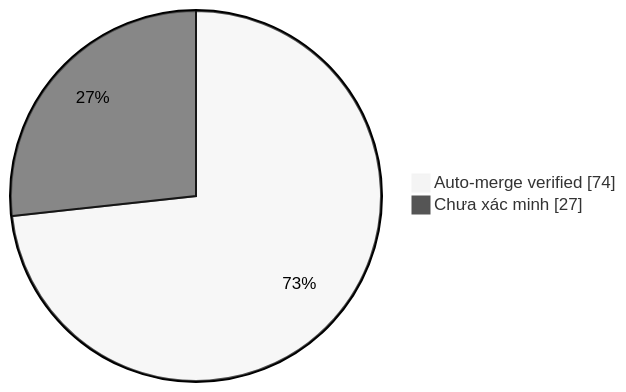
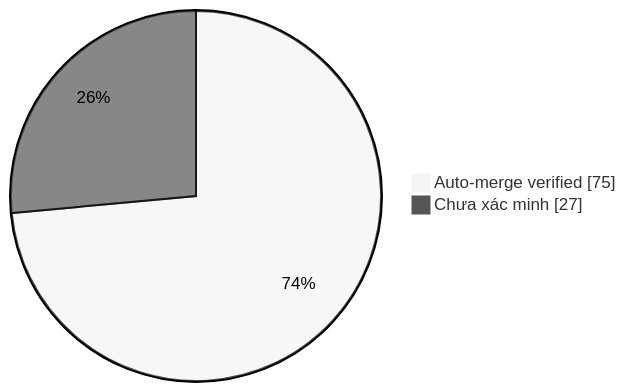
One commit to duykhang68/tetdinhmuiblog changed the diagram in collector.md. Above: the diagram before and after it, drawn with Mermaid (neutral theme). The commit also changed other lines of this file and 1 other file, not shown here.

Commit message:
docs(collector): update auto-merge evidence dashboard

````diff
--- a/collector.md
+++ b/collector.md
@@ -22,5 +22,5 @@
 ```mermaid
 pie showData
-    "Auto-merge verified" : 74
+    "Auto-merge verified" : 75
     "Chưa xác minh" : 27
 ```
````
